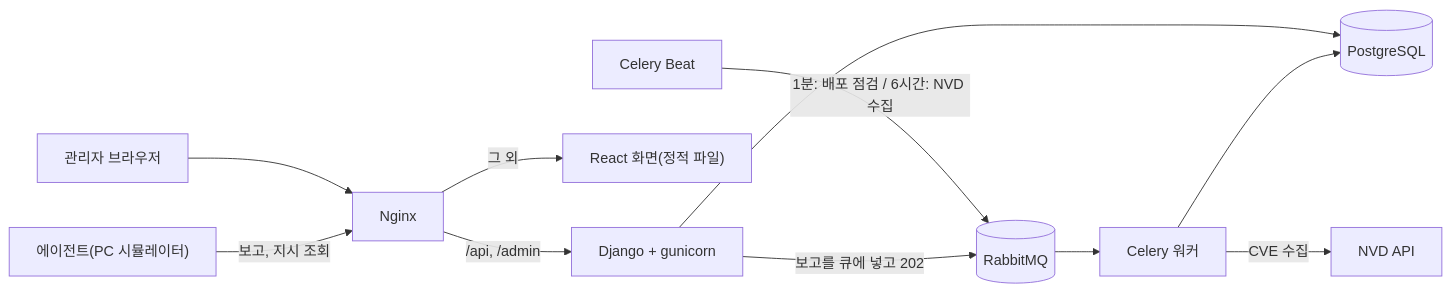
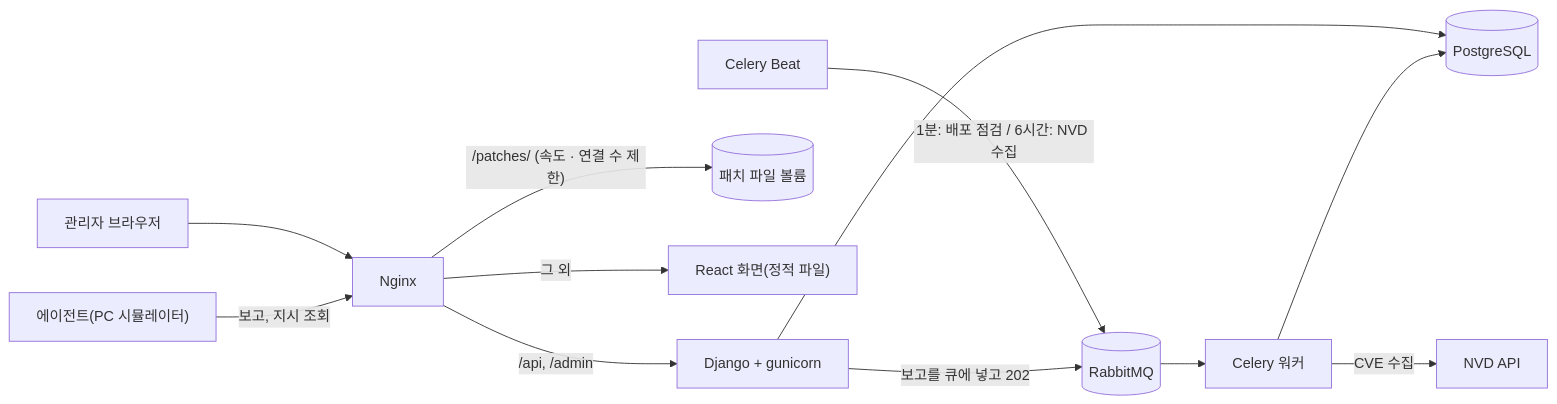
The first of 3 diagrams in README.md (eunbel22/mini-patch-manager), drawn with Mermaid before and after one commit. The commit also changed other lines of this file and 18 other files, not shown here.

````diff
--- a/README.md
+++ b/README.md
@@ -21,13 +22,14 @@
 ```mermaid
 flowchart LR
   Agent["에이전트(PC 시뮬레이터)"] -->|"보고, 지시 조회"| Nginx
   Browser["관리자 브라우저"] --> Nginx
   Nginx -->|"/api, /admin"| Django["Django + gunicorn"]
+  Nginx -->|"/patches/ (속도 · 연결 수 제한)"| Files[("패치 파일 볼륨")]
   Nginx -->|"그 외"| React["React 화면(정적 파일)"]
   Django -->|"보고를 큐에 넣고 202"| MQ[("RabbitMQ")]
   MQ --> Worker["Celery 워커"]
   Beat["Celery Beat"] -->|"1분: 배포 점검 / 6시간: NVD 수집"| MQ
   Worker --> DB[("PostgreSQL")]
   Django --> DB
   Worker -->|"CVE 수집"| NVD["NVD API"]
 ```
````
